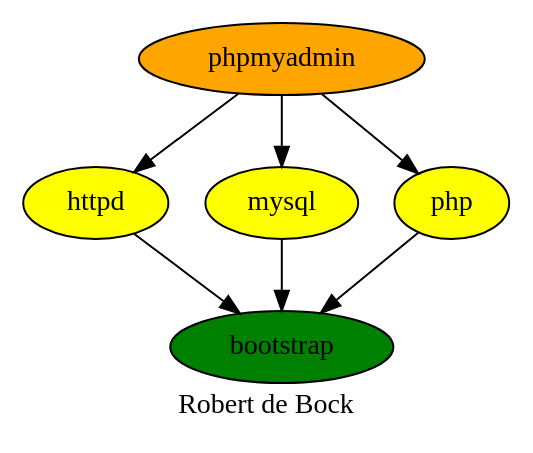
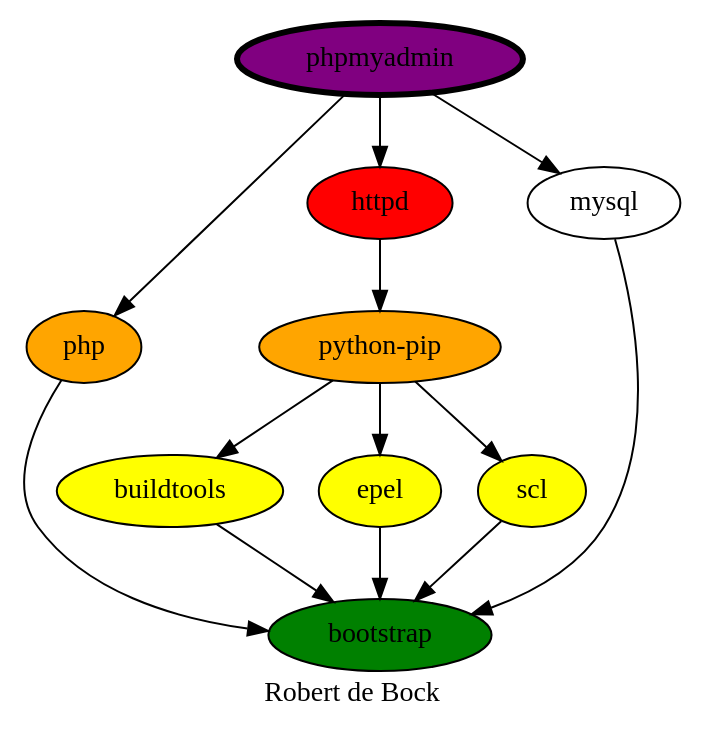
The diagram in phpmyadmin.dot (robertdebock/robertdebock.github.io), drawn with Graphviz before and after one commit.

Commit message:
Update phpmyadmin.dot
difficult but good.

```diff
--- a/phpmyadmin.dot
+++ b/phpmyadmin.dot
@@ -1,13 +1,18 @@
 digraph PhiloDilemma {
   label = "Robert de Bock" ;
   overlap=false
   {
     bootstrap [fillcolor=green style=filled]
-    httpd [fillcolor=yellow style=filled]
-    mysql [fillcolor=yellow style=filled]
-    php [fillcolor=yellow style=filled]
-    phpmyadmin [fillcolor=orange style=filled penwidt=3]
+    buildtools [fillcolor=yellow style=filled]
+    epel [fillcolor=yellow style=filled]
+    scl [fillcolor=yellow style=filled]
+    "python-pip" [fillcolor=orange style=filled]
+    php [fillcolor=orange style=filled]
+    httpd [fillcolor=red style=filled]
+    phpmyadmin [fillcolor=purple style=filled penwidth=3]
   }
+  {buildtools epel mysql php scl} -> bootstrap
+  "python-pip" -> {buildtools epel scl}
+  httpd -> "python-pip"
   phpmyadmin -> {httpd mysql php}
-  {httpd mysql php} -> bootstrap
 }
```
